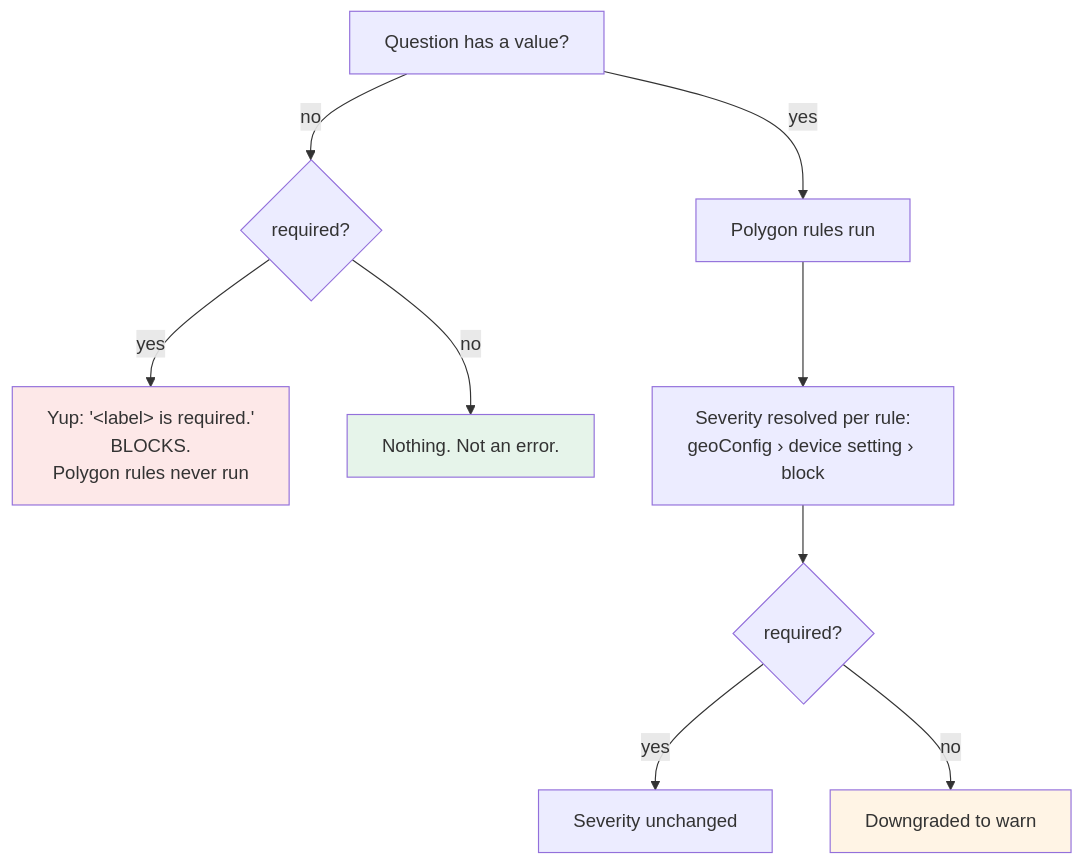
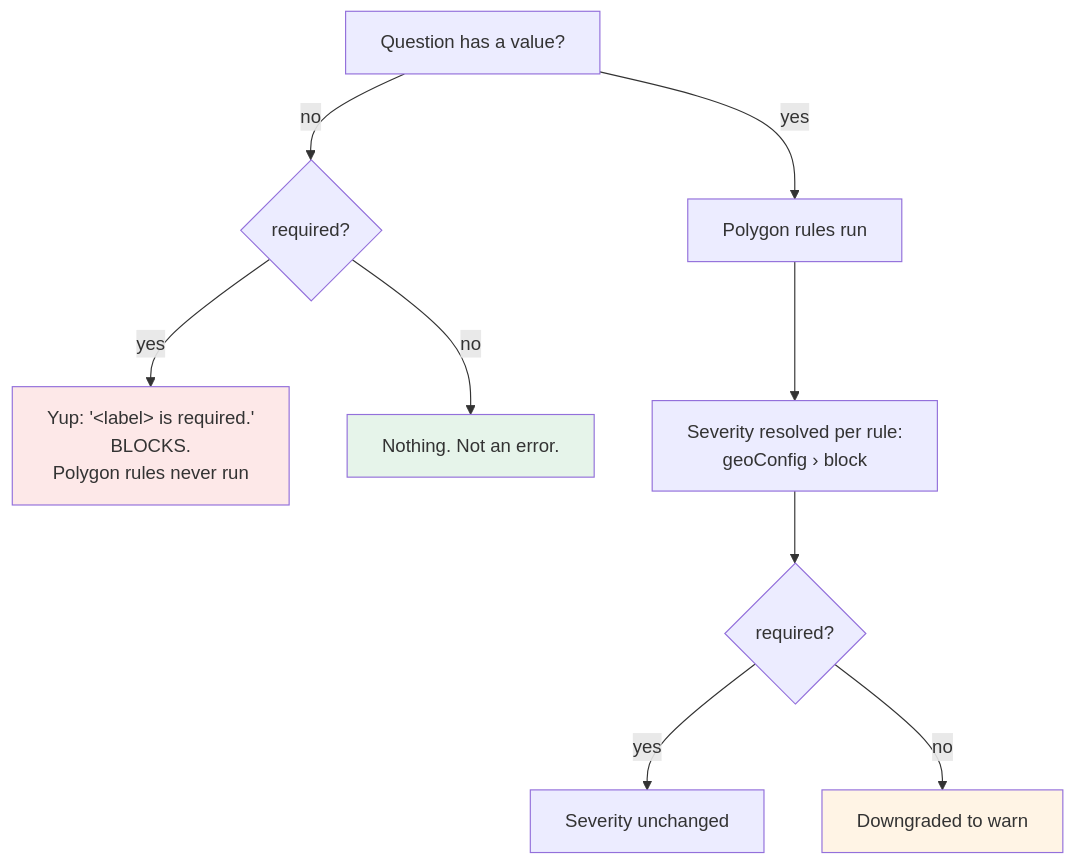
One commit to akvo/akvo-mis changed the second of 3 diagrams in doc/design/GEO-002-polygon-shape-validation.md. Above: the diagram before and after it, drawn with Mermaid. The commit also changed other lines of this file and 19 other files, not shown here.

````diff
--- a/doc/design/GEO-002-polygon-shape-validation.md
+++ b/doc/design/GEO-002-polygon-shape-validation.md
@@ -118,16 +119,16 @@
 ```mermaid
 flowchart TD
   V["Question has a value?"] -- "no" --> R1{"required?"}
   R1 -- "yes" --> Y["Yup: '&lt;label&gt; is required.'<br/>BLOCKS.<br/>Polygon rules never run"]
   R1 -- "no" --> N["Nothing. Not an error."]
 
   V -- "yes" --> RUN["Polygon rules run"]
-  RUN --> SEV["Severity resolved per rule:<br/>geoConfig › device setting › block"]
+  RUN --> SEV["Severity resolved per rule:<br/>geoConfig › block"]
   SEV --> CLAMP{"required?"}
   CLAMP -- "yes" --> KEEP["Severity unchanged"]
   CLAMP -- "no" --> DOWN["Downgraded to warn"]
 
   style Y fill:#fde8e8
   style N fill:#e6f4ea
   style DOWN fill:#fff4e5
 ```
````
